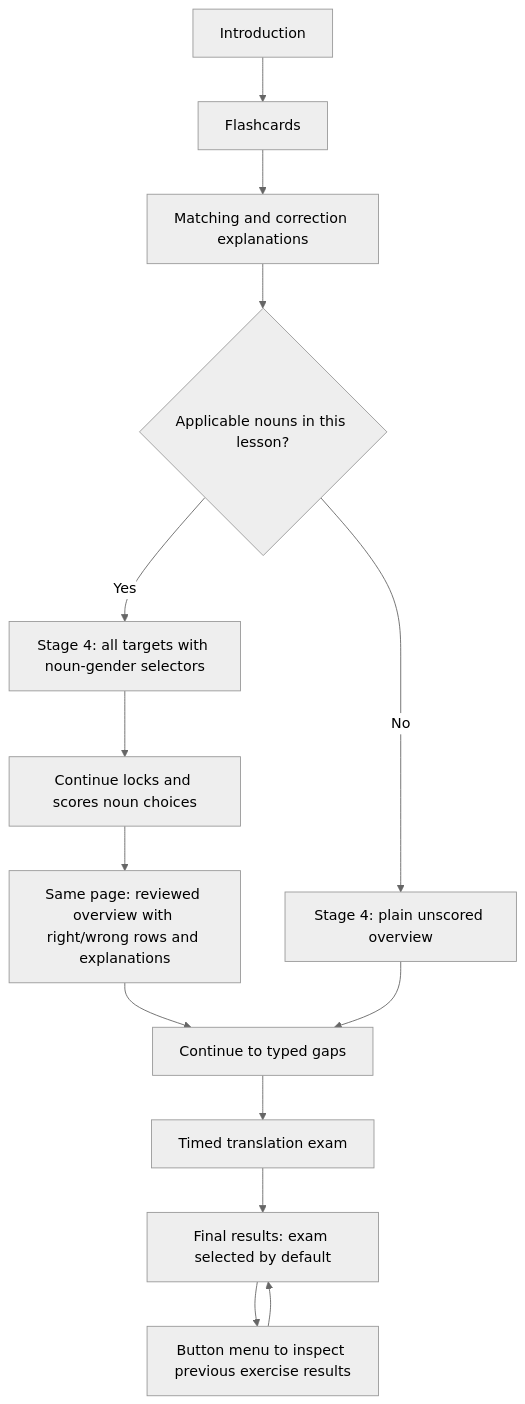
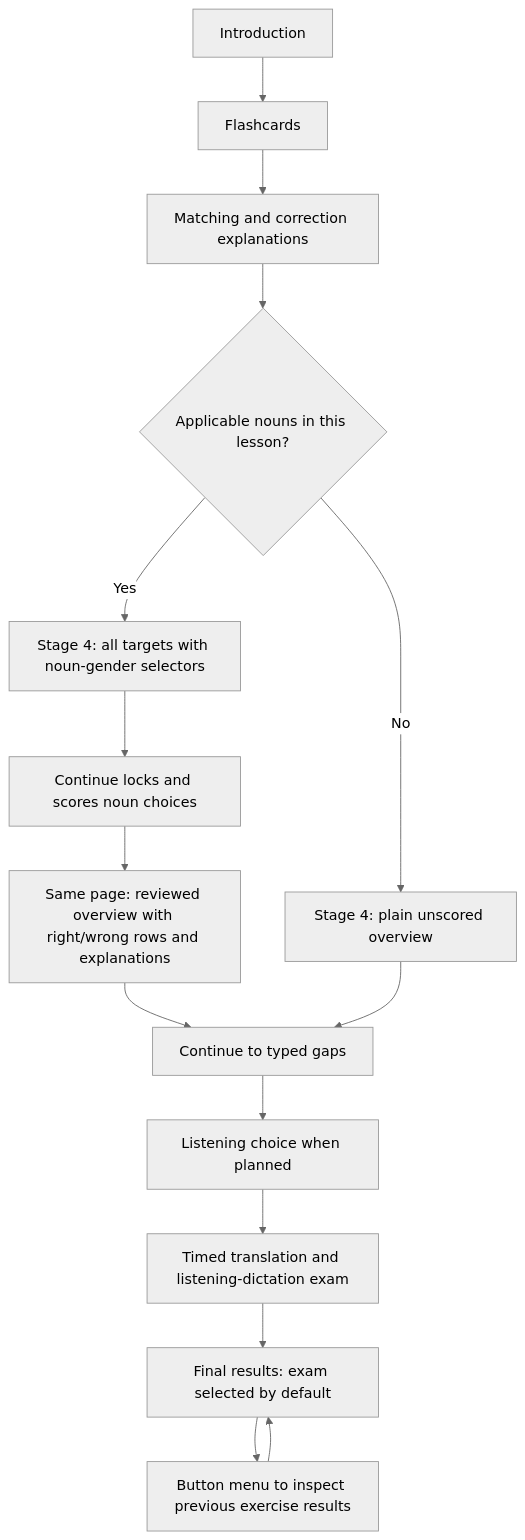
Before and after one commit to bastian-schnitzler/lesson_prototype: the third of 36 diagrams in docs/SPEC.md, drawn with Mermaid (neutral theme). The commit also changed other lines of this file and 9 other files, not shown here.

````diff
--- a/docs/SPEC.md
+++ b/docs/SPEC.md
@@ -553,16 +576,17 @@
 ```mermaid
 flowchart TD
     A[Introduction] --> B[Flashcards]
     B --> C[Matching and correction explanations]
     C --> D{Applicable nouns in this lesson?}
     D -->|Yes| E[Stage 4: all targets with noun-gender selectors]
     E --> F[Continue locks and scores noun choices]
     F --> G[Same page: reviewed overview with right/wrong rows and explanations]
     D -->|No| H[Stage 4: plain unscored overview]
     G --> I[Continue to typed gaps]
     H --> I
-    I --> J[Timed translation exam]
+    I --> I2[Listening choice when planned]
+    I2 --> J[Timed translation and listening-dictation exam]
     J --> K[Final results: exam selected by default]
     K --> L[Button menu to inspect previous exercise results]
     L --> K
 ```
````
